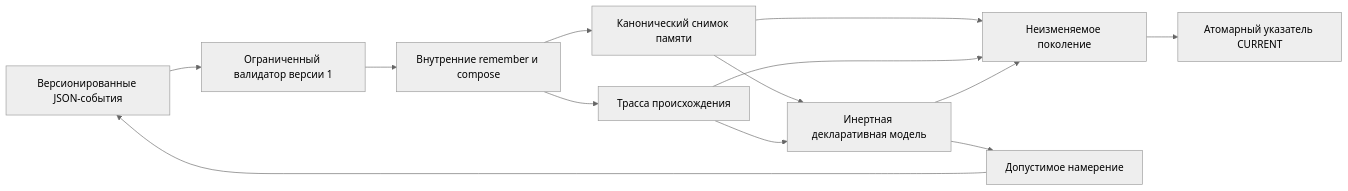
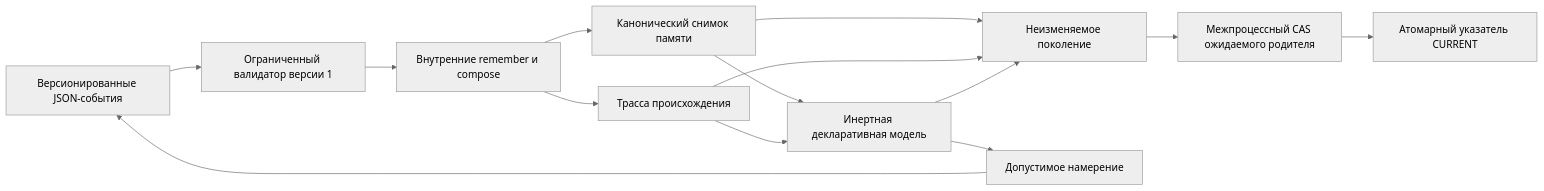
Before and after one commit to fum-lab/fum: the diagram in Прототипы/воспроизводимое-пополнение-памяти/README.md, drawn with Mermaid (neutral theme). The commit also changed other lines of this file and 22 other files, not shown here.

First line of the commit message:
Добавить межпроцессный CAS указателя памяти

````diff
--- a/Прототипы/воспроизводимое-пополнение-памяти/README.md
+++ b/Прототипы/воспроизводимое-пополнение-памяти/README.md
@@ -9,15 +9,16 @@
 ```mermaid
 flowchart LR
     events["Версионированные JSON-события"] --> validator["Ограниченный валидатор версии 1"]
     validator --> interpreter["Внутренние remember и compose"]
     interpreter --> snapshot["Канонический снимок памяти"]
     interpreter --> trace["Трасса происхождения"]
     snapshot --> projection["Инертная декларативная модель"]
     trace --> projection
     snapshot --> generation["Неизменяемое поколение"]
     trace --> generation
     projection --> generation
-    generation --> current["Атомарный указатель CURRENT"]
+    generation --> cas["Межпроцессный CAS ожидаемого родителя"]
+    cas --> current["Атомарный указатель CURRENT"]
     projection --> intent["Допустимое намерение"]
     intent --> events
 ```
````
